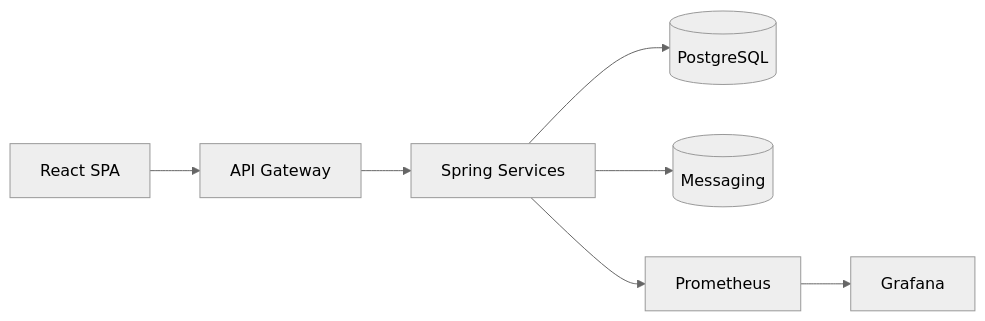
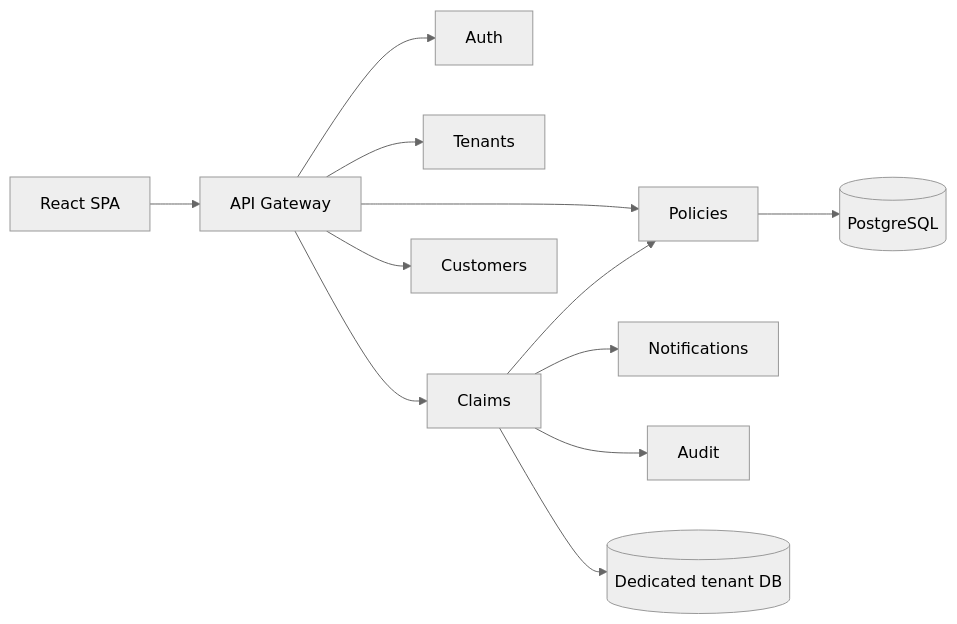
Before and after one commit to new-world-coder/claim-center: the diagram in docs/architecture.md, drawn with Mermaid (neutral theme). The commit also changed other lines of this file and 203 other files, not shown here.

````diff
--- a/docs/architecture.md
+++ b/docs/architecture.md
@@ -5,9 +10,14 @@
 ```mermaid
 graph LR
-A[React SPA] --> B[API Gateway]
-B --> C[Spring Services]
-C --> D[(PostgreSQL)]
-C --> E[(Messaging)]
-C --> F[Prometheus]
-F --> G[Grafana]
+  UI[React SPA] --> GW[API Gateway]
+  GW --> Auth[Auth]
+  GW --> Tenants[Tenants]
+  GW --> Policies[Policies]
+  GW --> Claims[Claims]
+  GW --> Customers[Customers]
+  Claims --> Policies
+  Claims --> Notes[Notifications]
+  Claims --> Audit[Audit]
+  Policies --> DB[(PostgreSQL)]
+  Claims --> Dedicated[(Dedicated tenant DB)]
 ```
````
